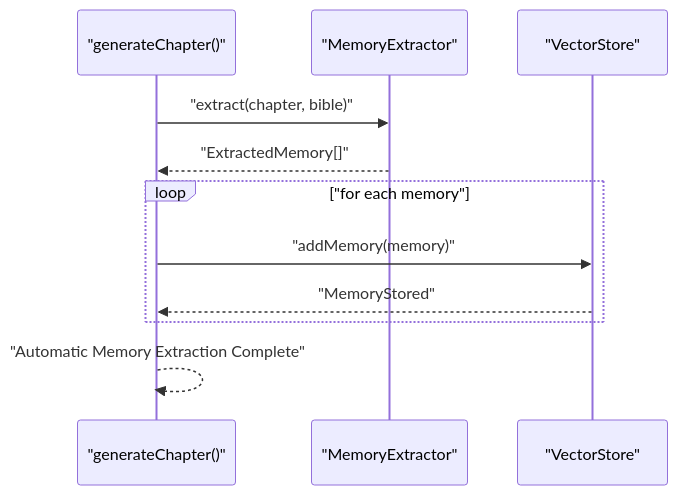
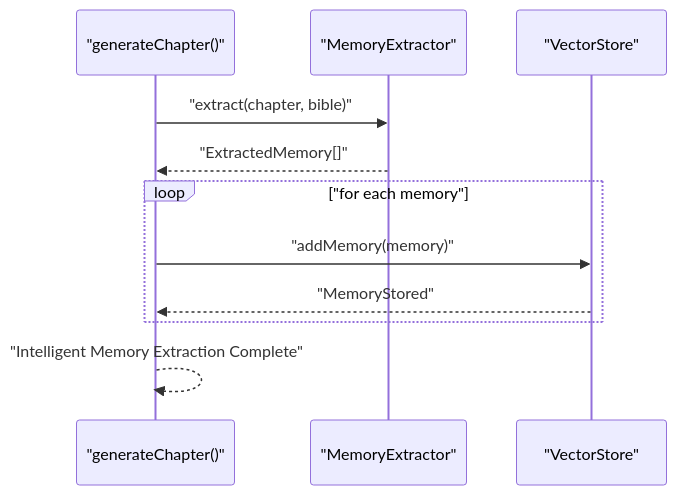
The seventh of 11 diagrams in .qoder/repowiki/en/content/Memory Management System/Memory Management System.md (liwonder/NARRITIVE_OS), drawn with Mermaid before and after one commit. The commit also changed other lines of this file and 17 other files, not shown here.

````diff
--- a/.qoder/repowiki/en/content/Memory Management System/Memory Management System.md
+++ b/.qoder/repowiki/en/content/Memory Management System/Memory Management System.md
@@ -388,13 +424,13 @@
 ```mermaid
 sequenceDiagram
 participant G as "generateChapter()"
 participant ME as "MemoryExtractor"
 participant VS as "VectorStore"
 G->>ME : "extract(chapter, bible)"
 ME-->>G : "ExtractedMemory[]"
 loop "for each memory"
 G->>VS : "addMemory(memory)"
 VS-->>G : "MemoryStored"
 end
-G-->>G : "Automatic Memory Extraction Complete"
+G-->>G : "Intelligent Memory Extraction Complete"
 ```
````
